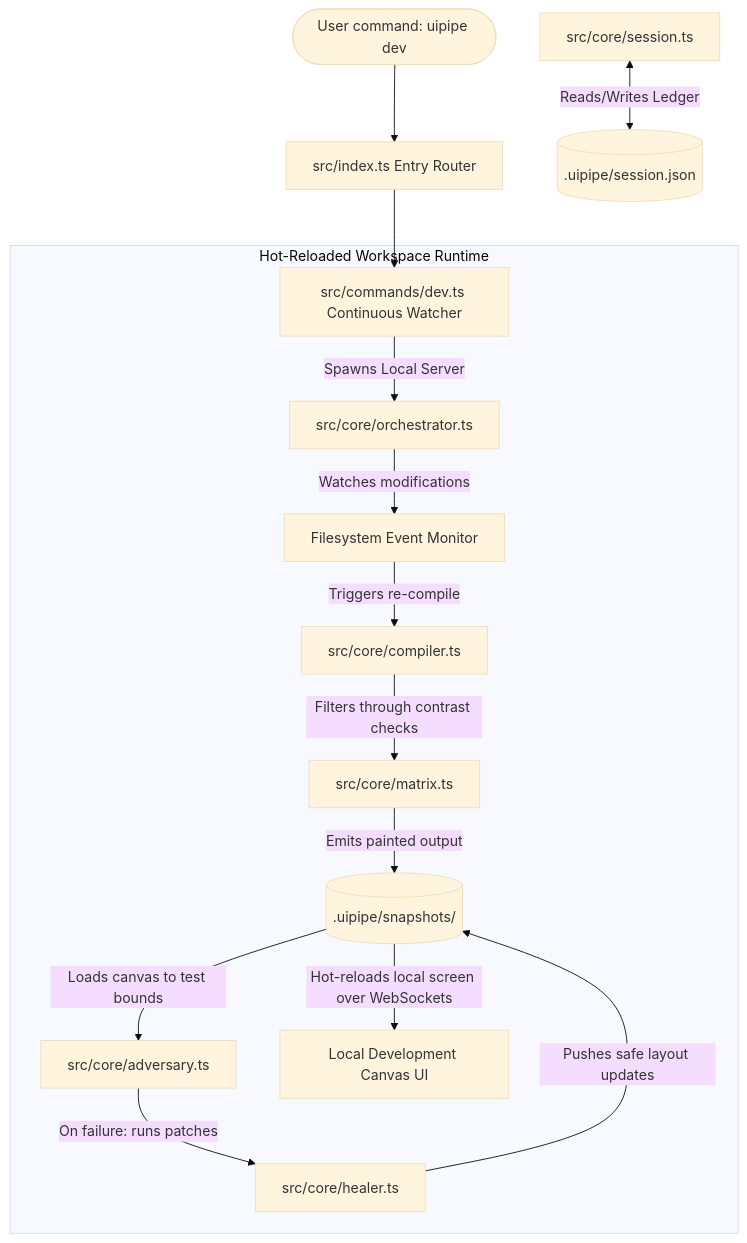
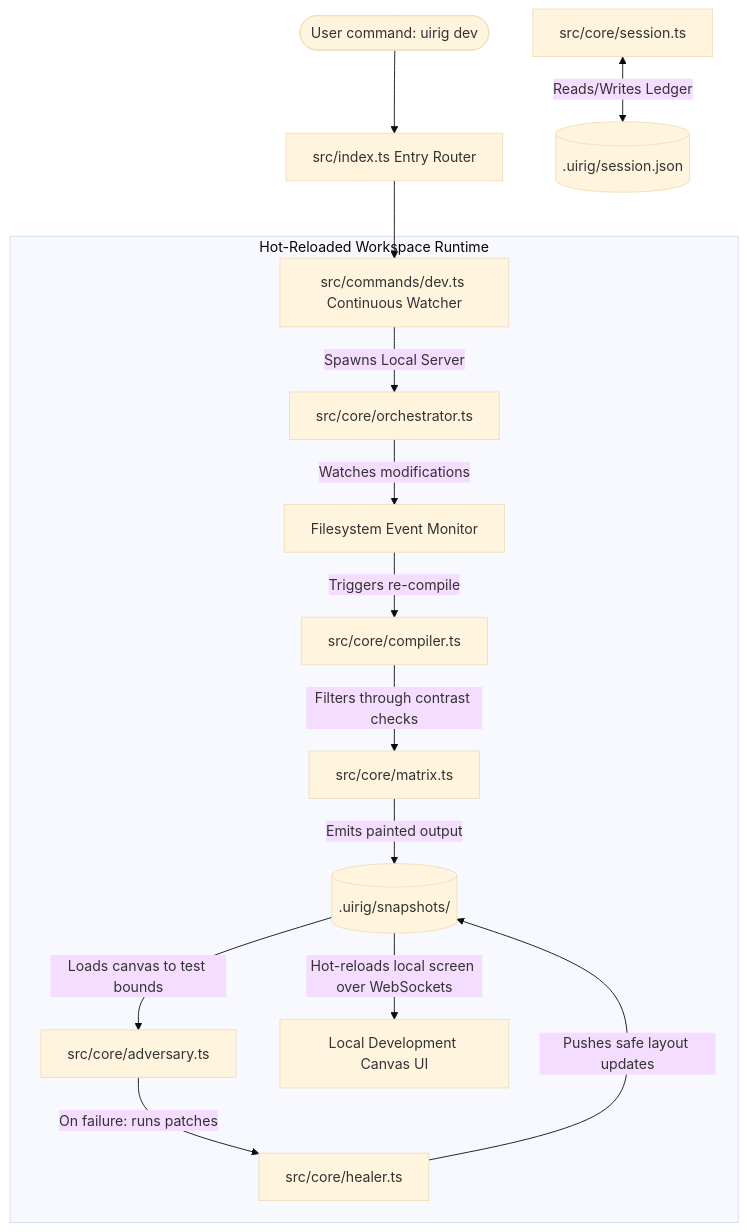
Before and after one commit to AgnosticUI/uirig: the diagram in docs/TECHNICAL_DESIGN_DOC.md, drawn with Mermaid (base theme). The commit also changed other lines of this file and 7 other files, not shown here.

Commit message:
chore: rename project from uipipe to uirig

````diff
--- a/docs/TECHNICAL_DESIGN_DOC.md
+++ b/docs/TECHNICAL_DESIGN_DOC.md
@@ -83,19 +85,19 @@
 ```mermaid
 graph TD
-    User([User command: uipipe dev]) --> Entry[src/index.ts Entry Router]
+    User([User command: uirig dev]) --> Entry[src/index.ts Entry Router]
     Entry --> DevCmd[src/commands/dev.ts Continuous Watcher]
     
     subgraph Dev Orchestration Loop [Hot-Reloaded Workspace Runtime]
         DevCmd -->|Spawns Local Server| Orch[src/core/orchestrator.ts]
         Orch -->|Watches modifications| FSWatch[Filesystem Event Monitor]
         FSWatch -->|Triggers re-compile| Compiler[src/core/compiler.ts]
         Compiler -->|Filters through contrast checks| Matrix[src/core/matrix.ts]
-        Matrix -->|Emits painted output| Snapshots[(.uipipe/snapshots/)]
+        Matrix -->|Emits painted output| Snapshots[(.uirig/snapshots/)]
         Snapshots -->|Loads canvas to test bounds| Adversary[src/core/adversary.ts]
         Adversary -->|On failure: runs patches| Healer[src/core/healer.ts]
         Healer -->|Pushes safe layout updates| Snapshots
         Snapshots -->|Hot-reloads local screen over WebSockets| CanvasApp[Local Development Canvas UI]
     end
 
-    Session[src/core/session.ts] <-->|Reads/Writes Ledger| DiskJson[(.uipipe/session.json)]
+    Session[src/core/session.ts] <-->|Reads/Writes Ledger| DiskJson[(.uirig/session.json)]
 ```
````
